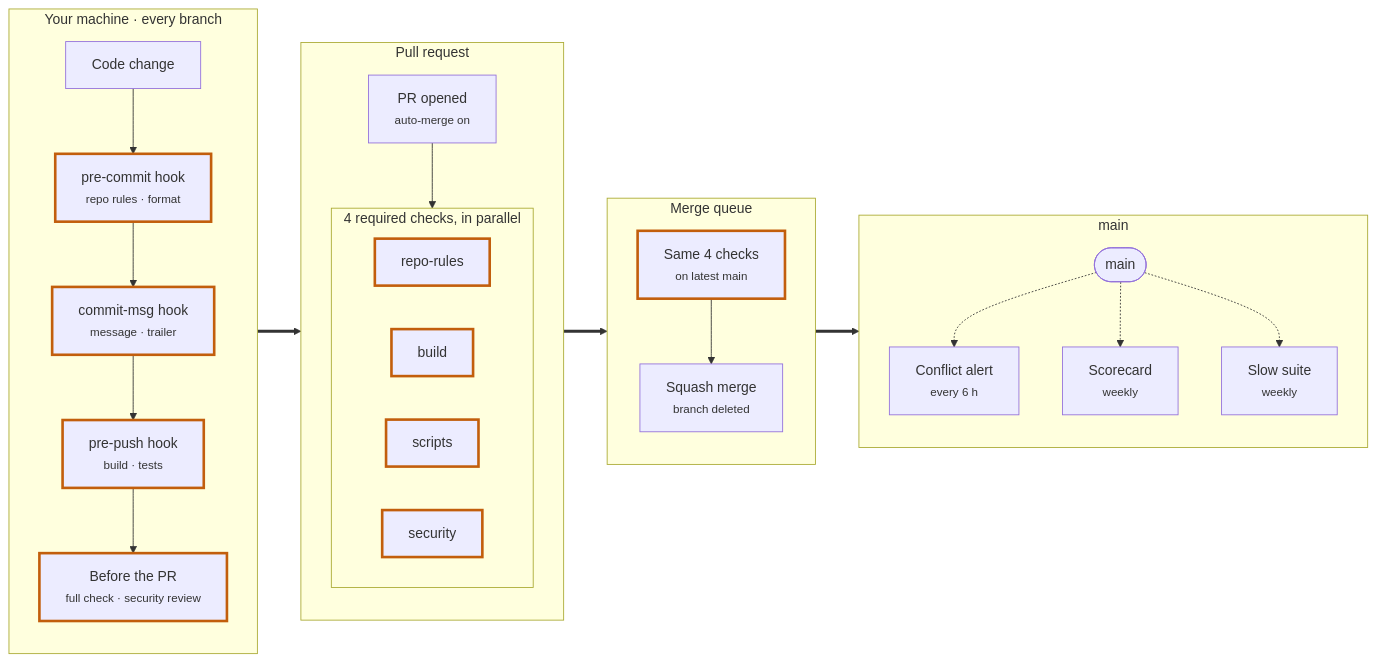
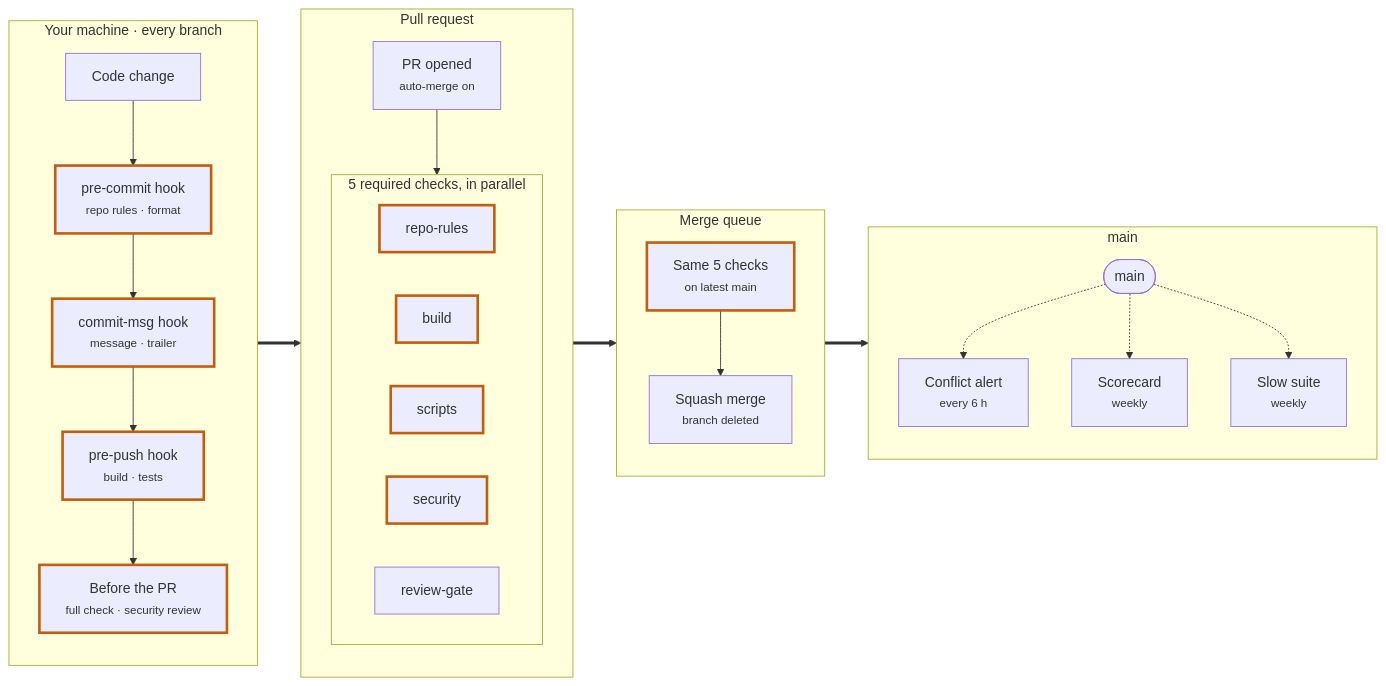
The diagram in docs/contributors/explanation/how-a-change-reaches-main.md (Sour-Dev-Home/metaphor-accessibility), drawn with Mermaid before and after one commit. The commit also changed other lines of this file and 11 other files, not shown here.

First line of the commit message:
feat(ci): run the review-label gate from main's workflow (#330)

````diff
--- a/docs/contributors/explanation/how-a-change-reaches-main.md
+++ b/docs/contributors/explanation/how-a-change-reaches-main.md
@@ -6,42 +6,43 @@
 ```mermaid
 flowchart LR
     subgraph local["Your machine · every branch"]
         direction TB
         change["Code change"] --> precommit["pre-commit hook<br/><small>repo rules · format</small>"]
         precommit --> commitmsg["commit-msg hook<br/><small>message · trailer</small>"]
         commitmsg --> prepush["pre-push hook<br/><small>build · tests</small>"]
         prepush --> beforepr["Before the PR<br/><small>full check · security review</small>"]
     end
 
     subgraph pr["Pull request"]
         direction TB
         opened["PR opened<br/><small>auto-merge on</small>"] --> checks
-        subgraph checks["4 required checks, in parallel"]
+        subgraph checks["5 required checks, in parallel"]
             direction LR
             rules["repo-rules"]
             build["build"]
             scripts["scripts"]
             security["security"]
+            gate["review-gate"]
         end
     end
 
     subgraph queue["Merge queue"]
         direction TB
-        again["Same 4 checks<br/><small>on latest main</small>"] --> squash["Squash merge<br/><small>branch deleted</small>"]
+        again["Same 5 checks<br/><small>on latest main</small>"] --> squash["Squash merge<br/><small>branch deleted</small>"]
     end
 
     subgraph mainzone["main"]
         direction TB
         main(["main"])
         main -.-> conflict["Conflict alert<br/><small>every 6 h</small>"]
         main -.-> scorecard["Scorecard<br/><small>weekly</small>"]
         main -.-> slow["Slow suite<br/><small>weekly</small>"]
     end
 
     beforepr ==> opened
     checks ==> again
     squash ==> main
 
     classDef gate stroke:#c25e0c,stroke-width:3px
     class precommit,commitmsg,prepush,beforepr,rules,build,scripts,security,again gate
 ```
````
